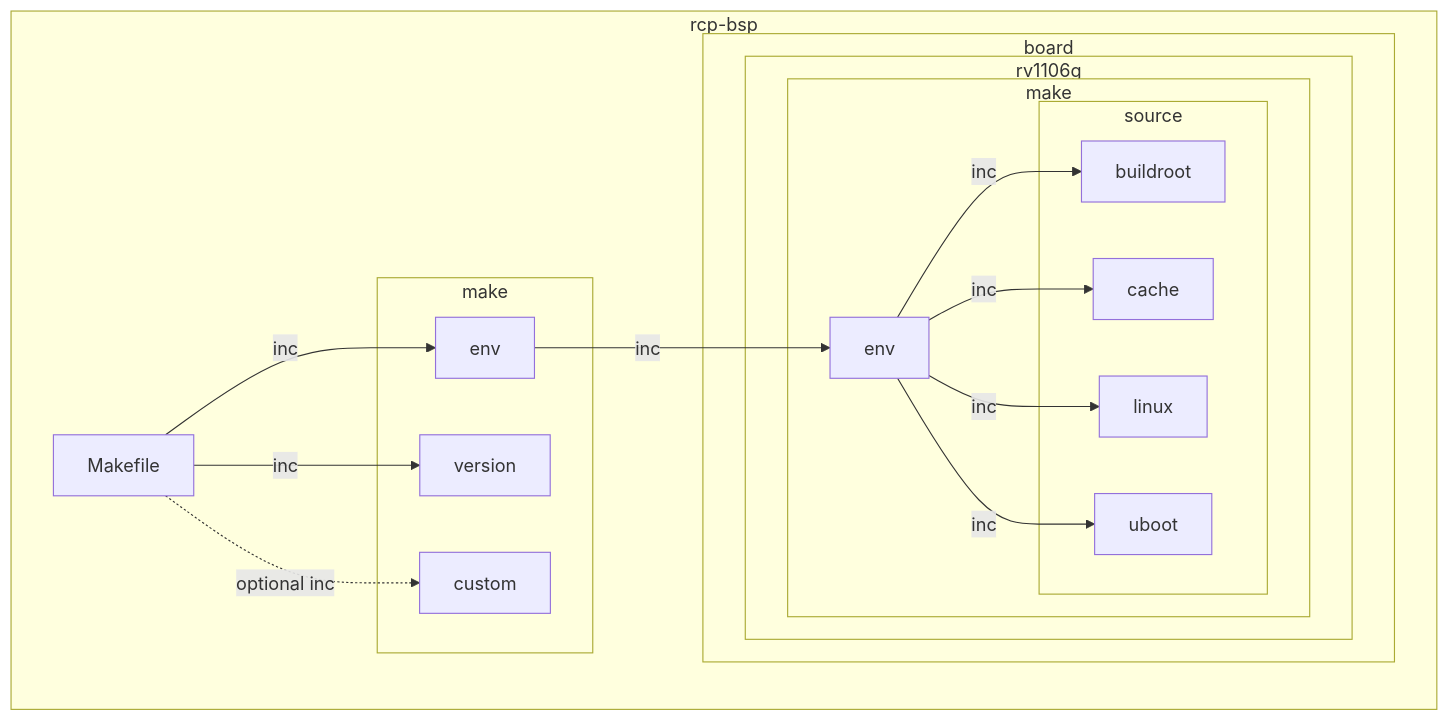
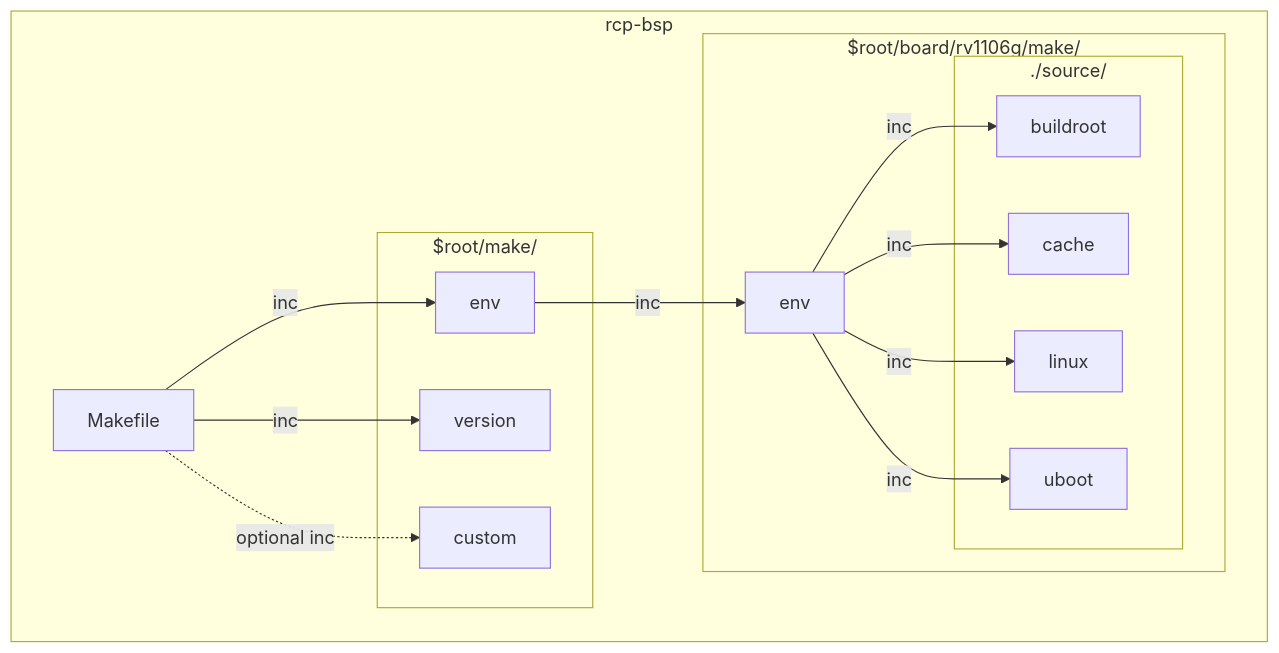
One commit to tactacam-ryanmoe/markdown-test changed the first of 2 diagrams in README.md. Above: the diagram before and after it, drawn with Mermaid.

````diff
--- a/README.md
+++ b/README.md
@@ -3,37 +3,33 @@
 ```mermaid
 flowchart TB
     subgraph rcp-bsp
         Makefile
     
-        subgraph make1[make]
+        subgraph make1[$root/make/]
             make_env[env]
             make_version[version]
             make_custom[custom]
         end
     
-        subgraph board
-            subgraph rv1106g
-                subgraph make2[make]
-                    board_env[env]
-                    subgraph source
-                        board_buildroot[buildroot]
-                        board_cache[cache]
-                        board_linux[linux]
-                        board_uboot[uboot]
-                    end
-                end
+        subgraph board[$root/board/rv1106g/make/]
+            board_env[env]
+            subgraph source[./source/]
+                board_buildroot[buildroot]
+                board_cache[cache]
+                board_linux[linux]
+                board_uboot[uboot]
             end
         end
     
         Makefile -- inc --> make_env
         Makefile -- inc--> make_version
         Makefile -. optional inc .-> make_custom
     
         make_env -- inc --> board_env
     
         board_env -- inc --> board_buildroot
         board_env -- inc --> board_cache
         board_env -- inc --> board_linux
         board_env -- inc --> board_uboot
     end
 ```
````
